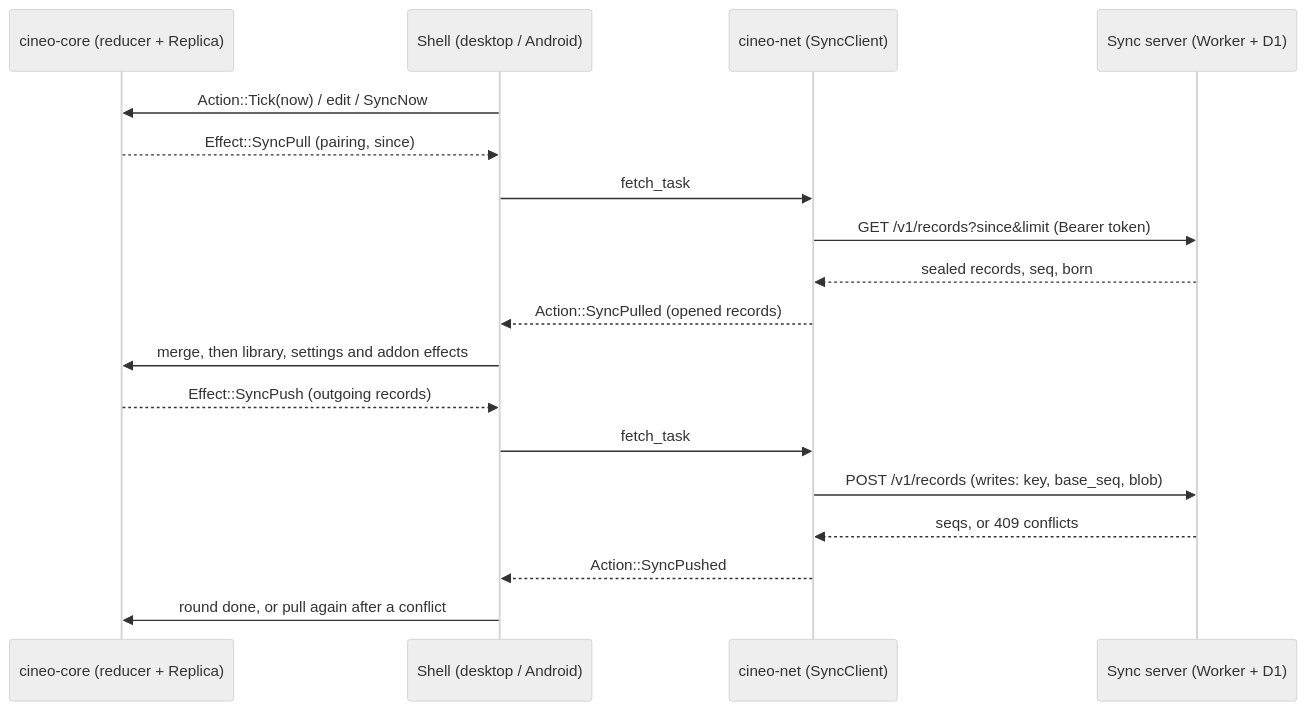
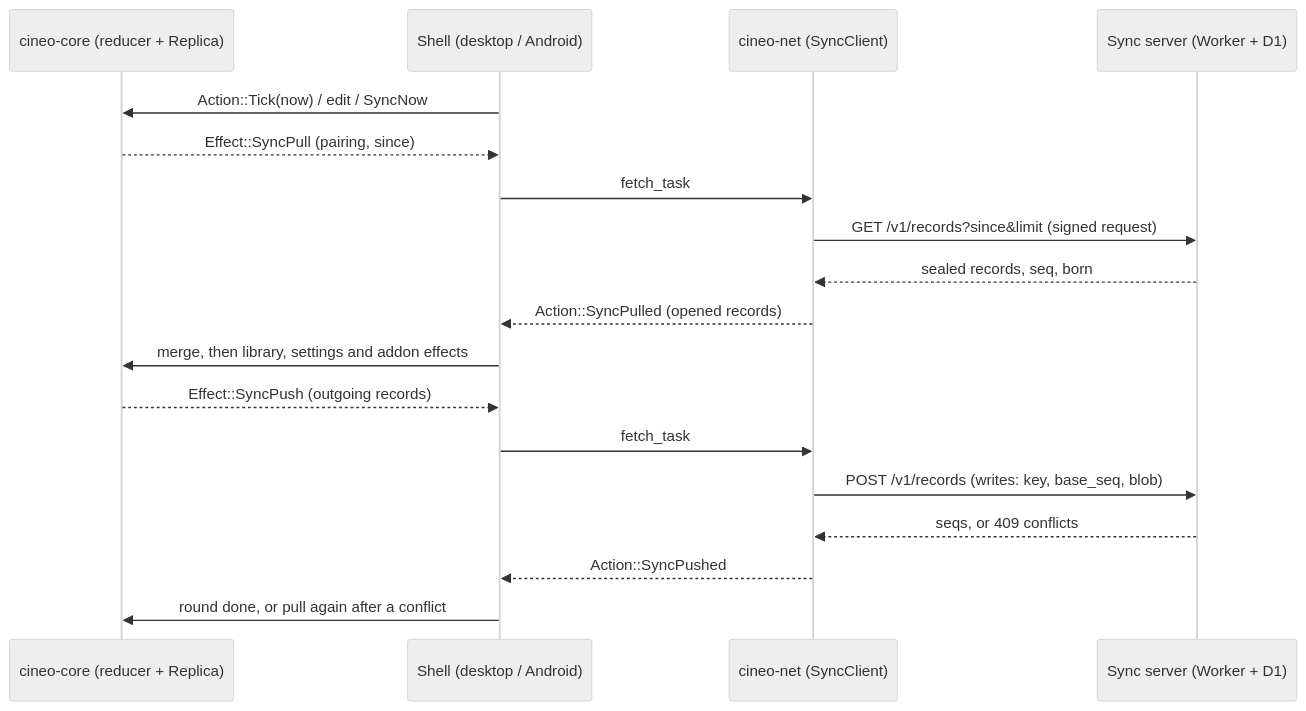
The first of 2 diagrams in docs/ARCHITECTURE.md (mdmrk/cineo), drawn with Mermaid (neutral theme) before and after one commit. The commit also changed other lines of this file and 20 other files, not shown here.

````diff
--- a/docs/ARCHITECTURE.md
+++ b/docs/ARCHITECTURE.md
@@ -120,20 +120,20 @@
 ```mermaid
 sequenceDiagram
   participant Core as cineo-core (reducer + Replica)
   participant Shell as Shell (desktop / Android)
   participant Net as cineo-net (SyncClient)
   participant Server as Sync server (Worker + D1)
   Shell->>Core: Action::Tick(now) / edit / SyncNow
   Core-->>Shell: Effect::SyncPull (pairing, since)
   Shell->>Net: fetch_task
-  Net->>Server: GET /v1/records?since&limit (Bearer token)
+  Net->>Server: GET /v1/records?since&limit (signed request)
   Server-->>Net: sealed records, seq, born
   Net-->>Shell: Action::SyncPulled (opened records)
   Shell->>Core: merge, then library, settings and addon effects
   Core-->>Shell: Effect::SyncPush (outgoing records)
   Shell->>Net: fetch_task
   Net->>Server: POST /v1/records (writes: key, base_seq, blob)
   Server-->>Net: seqs, or 409 conflicts
   Net-->>Shell: Action::SyncPushed
   Shell->>Core: round done, or pull again after a conflict
 ```
````
